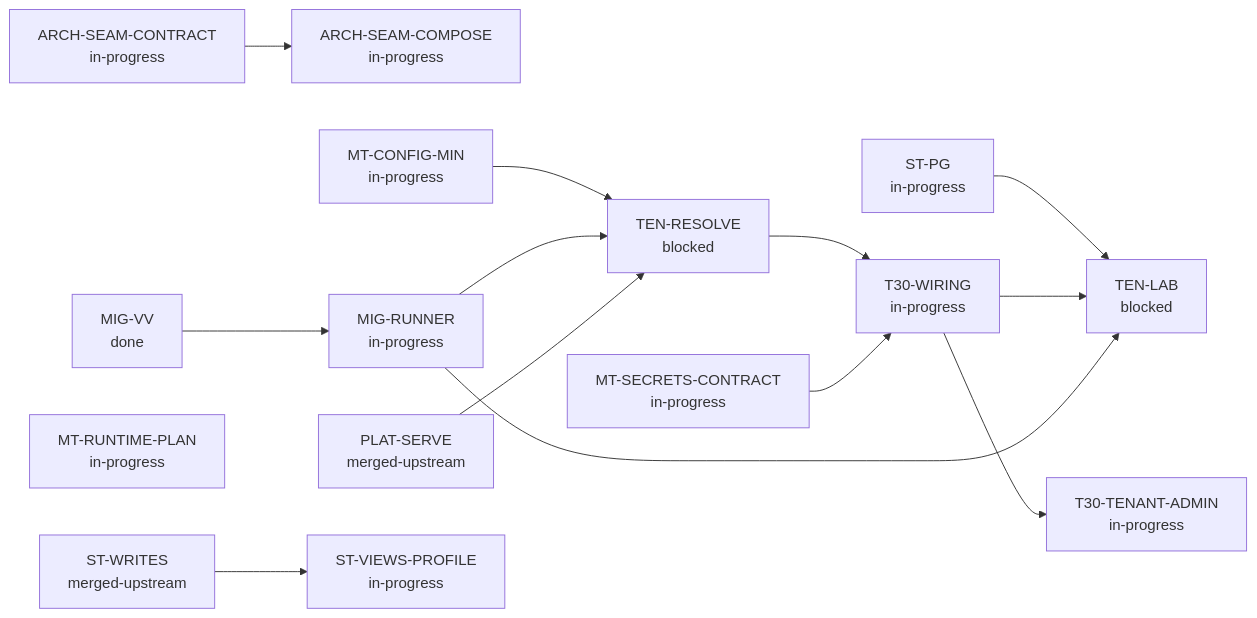
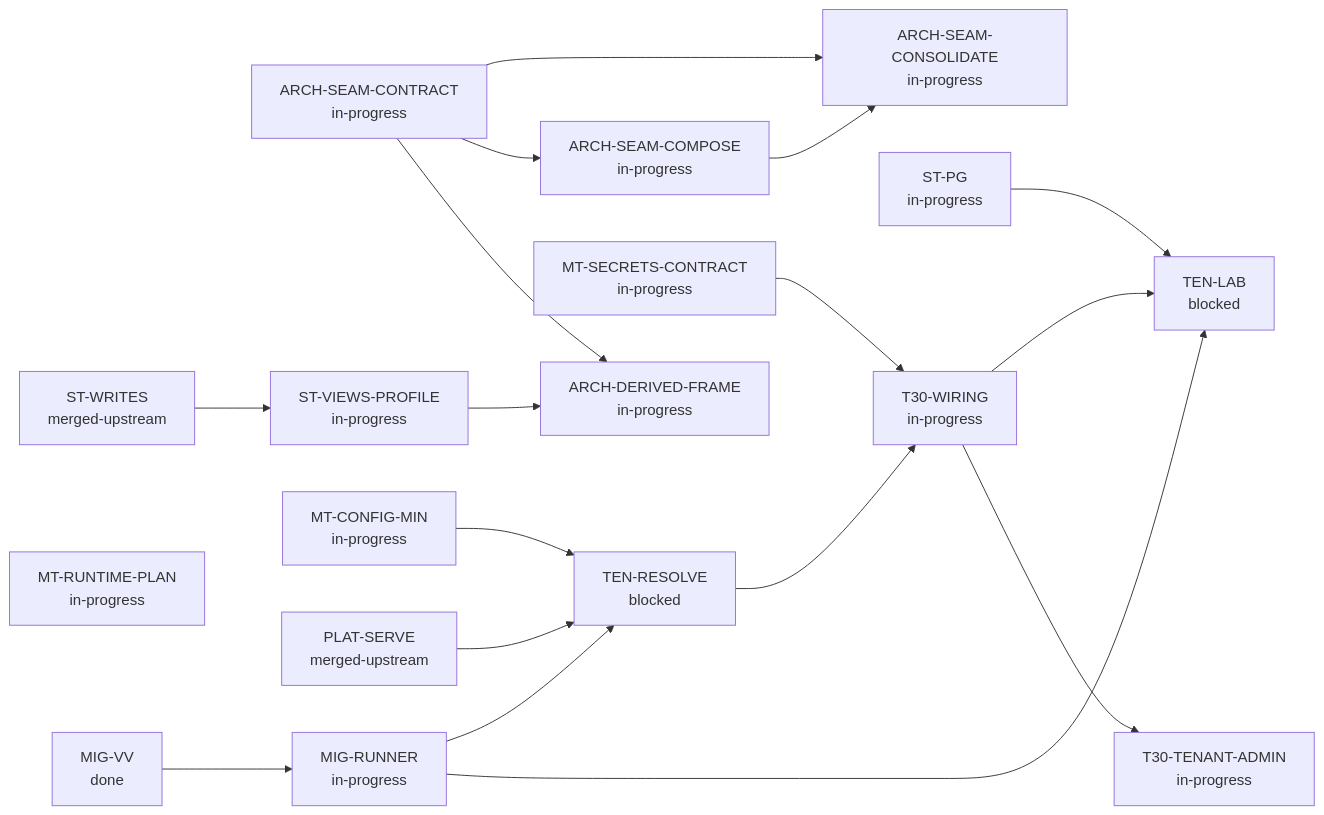
One commit to bewest/rag-nightscout-ecosystem-alignment changed the second of 2 diagrams in docs/30-design/tenancy/multitenant-delivery-dashboard.md. Above: the diagram before and after it, drawn with Mermaid. The commit also changed other lines of this file and 17 other files, not shown here.

````diff
--- a/docs/30-design/tenancy/multitenant-delivery-dashboard.md
+++ b/docs/30-design/tenancy/multitenant-delivery-dashboard.md
@@ -63,30 +63,36 @@
 ```mermaid
 flowchart LR
+  ARCH-DERIVED-FRAME["ARCH-DERIVED-FRAME<br/>in-progress"]
   ARCH-SEAM-COMPOSE["ARCH-SEAM-COMPOSE<br/>in-progress"]
+  ARCH-SEAM-CONSOLIDATE["ARCH-SEAM-CONSOLIDATE<br/>in-progress"]
   ARCH-SEAM-CONTRACT["ARCH-SEAM-CONTRACT<br/>in-progress"]
   MIG-RUNNER["MIG-RUNNER<br/>in-progress"]
   MIG-VV["MIG-VV<br/>done"]
   MT-CONFIG-MIN["MT-CONFIG-MIN<br/>in-progress"]
   MT-RUNTIME-PLAN["MT-RUNTIME-PLAN<br/>in-progress"]
   MT-SECRETS-CONTRACT["MT-SECRETS-CONTRACT<br/>in-progress"]
   PLAT-SERVE["PLAT-SERVE<br/>merged-upstream"]
   ST-PG["ST-PG<br/>in-progress"]
   ST-VIEWS-PROFILE["ST-VIEWS-PROFILE<br/>in-progress"]
   ST-WRITES["ST-WRITES<br/>merged-upstream"]
   T30-TENANT-ADMIN["T30-TENANT-ADMIN<br/>in-progress"]
   T30-WIRING["T30-WIRING<br/>in-progress"]
   TEN-LAB["TEN-LAB<br/>blocked"]
   TEN-RESOLVE["TEN-RESOLVE<br/>blocked"]
+  ARCH-SEAM-CONTRACT --> ARCH-DERIVED-FRAME
+  ST-VIEWS-PROFILE --> ARCH-DERIVED-FRAME
   ARCH-SEAM-CONTRACT --> ARCH-SEAM-COMPOSE
+  ARCH-SEAM-CONTRACT --> ARCH-SEAM-CONSOLIDATE
+  ARCH-SEAM-COMPOSE --> ARCH-SEAM-CONSOLIDATE
   MIG-VV --> MIG-RUNNER
   ST-WRITES --> ST-VIEWS-PROFILE
   T30-WIRING --> T30-TENANT-ADMIN
   TEN-RESOLVE --> T30-WIRING
   MT-SECRETS-CONTRACT --> T30-WIRING
   ST-PG --> TEN-LAB
   T30-WIRING --> TEN-LAB
   MIG-RUNNER --> TEN-LAB
   MT-CONFIG-MIN --> TEN-RESOLVE
   MIG-RUNNER --> TEN-RESOLVE
   PLAT-SERVE --> TEN-RESOLVE
 ```
````
